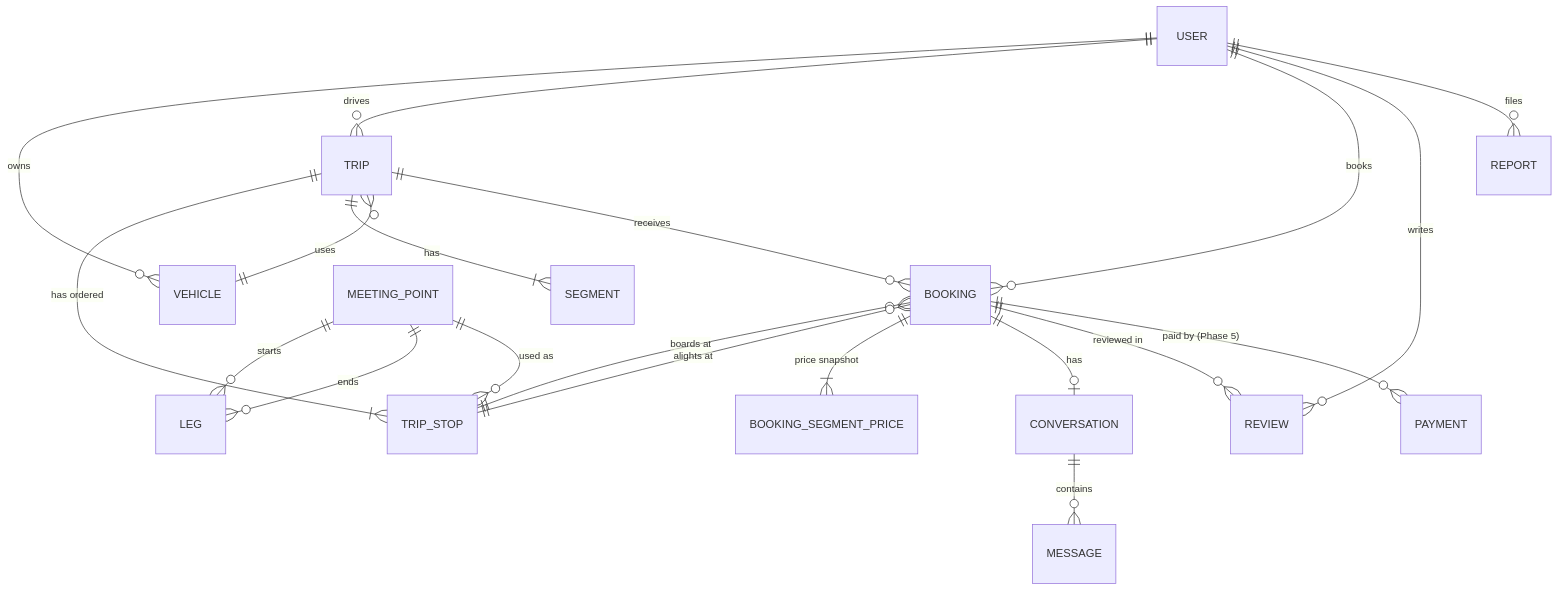
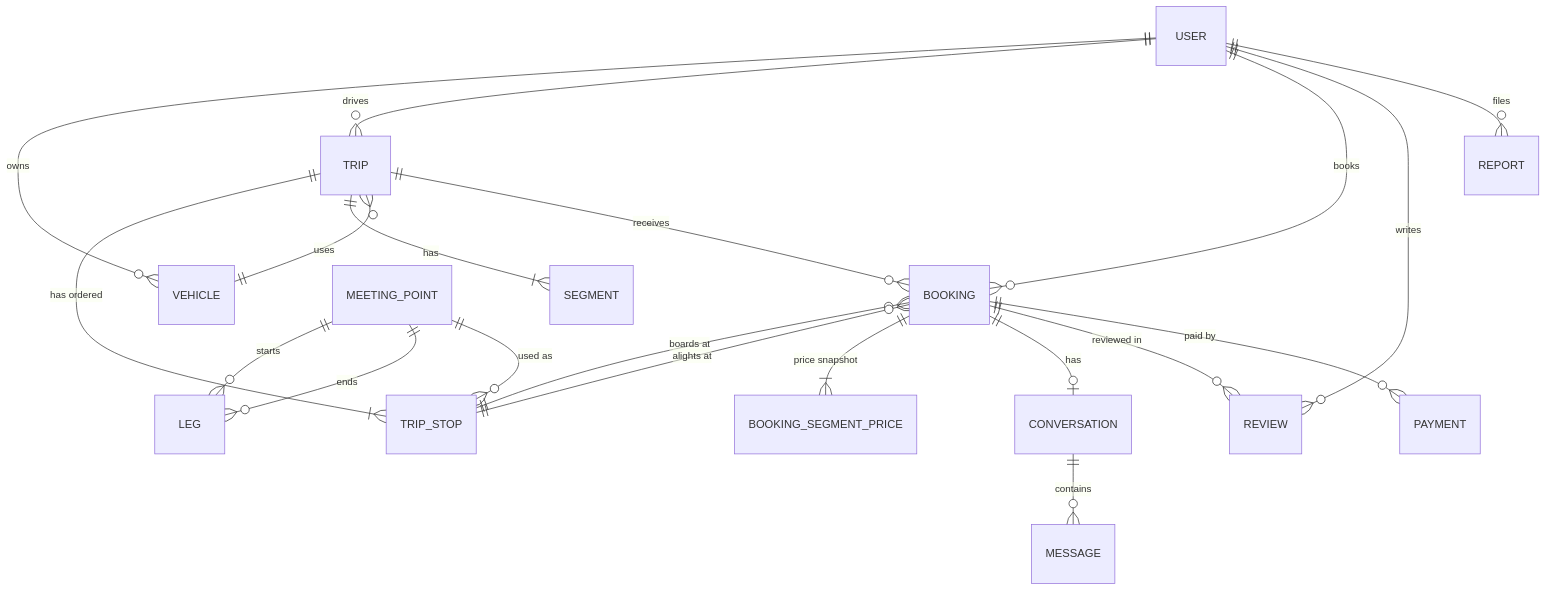
Before and after one commit to safarcikm/ShareRide: the first of 2 diagrams in docs/architecture/domain-model.md, drawn with Mermaid. The commit also changed other lines of this file and 17 other files, not shown here.

````diff
--- a/docs/architecture/domain-model.md
+++ b/docs/architecture/domain-model.md
@@ -11,22 +11,22 @@
 ```mermaid
 erDiagram
   USER ||--o{ VEHICLE : owns
   USER ||--o{ TRIP : drives
   USER ||--o{ BOOKING : books
   USER ||--o{ REVIEW : writes
   USER ||--o{ REPORT : files
   MEETING_POINT ||--o{ LEG : "starts"
   MEETING_POINT ||--o{ LEG : "ends"
   MEETING_POINT ||--o{ TRIP_STOP : "used as"
   TRIP ||--|{ TRIP_STOP : "has ordered"
   TRIP ||--|{ SEGMENT : "has"
   TRIP }o--|| VEHICLE : uses
   TRIP ||--o{ BOOKING : receives
   BOOKING }o--|| TRIP_STOP : "boards at"
   BOOKING }o--|| TRIP_STOP : "alights at"
   BOOKING ||--|{ BOOKING_SEGMENT_PRICE : "price snapshot"
   BOOKING ||--o| CONVERSATION : has
   CONVERSATION ||--o{ MESSAGE : contains
   BOOKING ||--o{ REVIEW : "reviewed in"
-  BOOKING ||--o{ PAYMENT : "paid by (Phase 5)"
+  BOOKING ||--o{ PAYMENT : "paid by"
 ```
````
